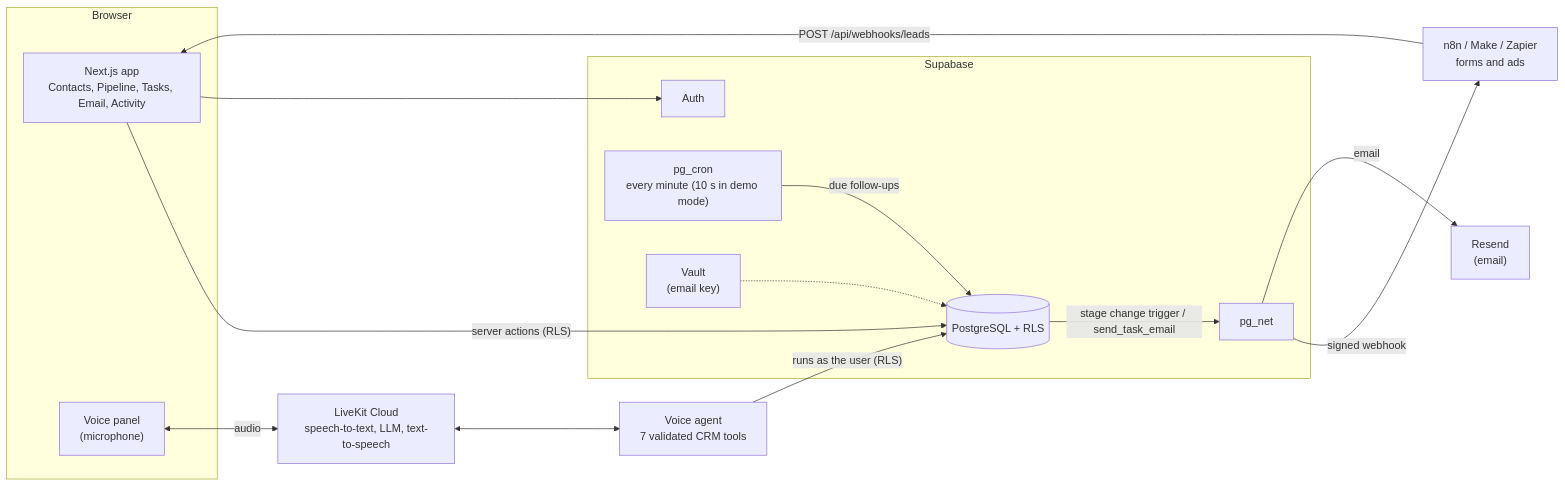
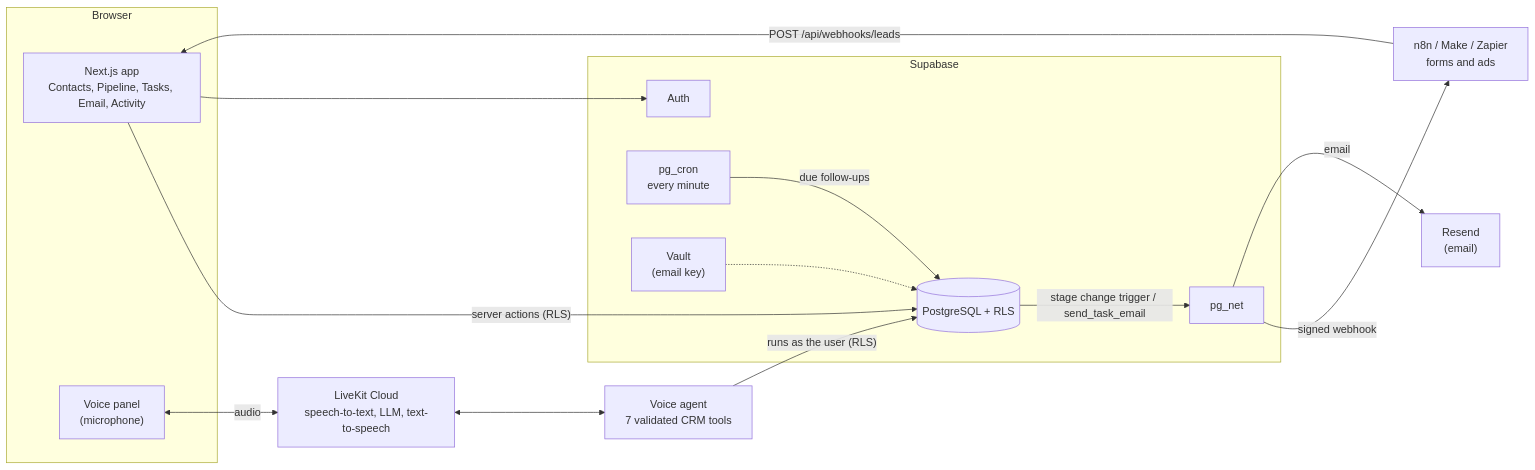
Before and after one commit to haseebDotJs/flow_crm: the diagram in README.md, drawn with Mermaid. The commit also changed other lines of this file, not shown here.

Commit message:
README: remove demo-presentation material

````diff
--- a/README.md
+++ b/README.md
@@ -33,30 +29,30 @@
 ```mermaid
 flowchart LR
   subgraph Browser
     UI["Next.js app<br/>Contacts, Pipeline, Tasks, Email, Activity"]
     MIC["Voice panel<br/>(microphone)"]
   end
   subgraph Supabase
     AUTH["Auth"]
     DB[("PostgreSQL + RLS")]
-    CRON["pg_cron<br/>every minute (10 s in demo mode)"]
+    CRON["pg_cron<br/>every minute"]
     NET["pg_net"]
     VAULT["Vault<br/>(email key)"]
   end
   LK["LiveKit Cloud<br/>speech-to-text, LLM, text-to-speech"]
   AGENT["Voice agent<br/>7 validated CRM tools"]
   RESEND["Resend<br/>(email)"]
   EXT["n8n / Make / Zapier<br/>forms and ads"]
 
   UI -->|"server actions (RLS)"| DB
   UI --> AUTH
   MIC <-->|audio| LK
   LK <--> AGENT
   AGENT -->|"runs as the user (RLS)"| DB
   CRON -->|"due follow-ups"| DB
   DB -->|"stage change trigger / send_task_email"| NET
   NET -->|"signed webhook"| EXT
   NET -->|email| RESEND
   EXT -->|"POST /api/webhooks/leads"| UI
   VAULT -.-> DB
 ```
````
